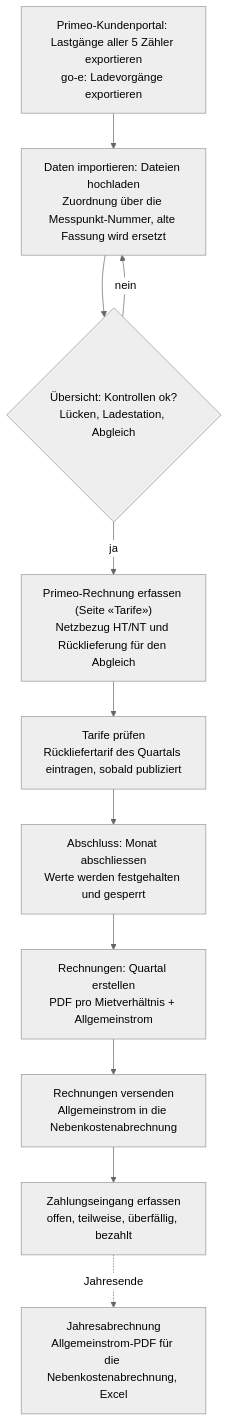
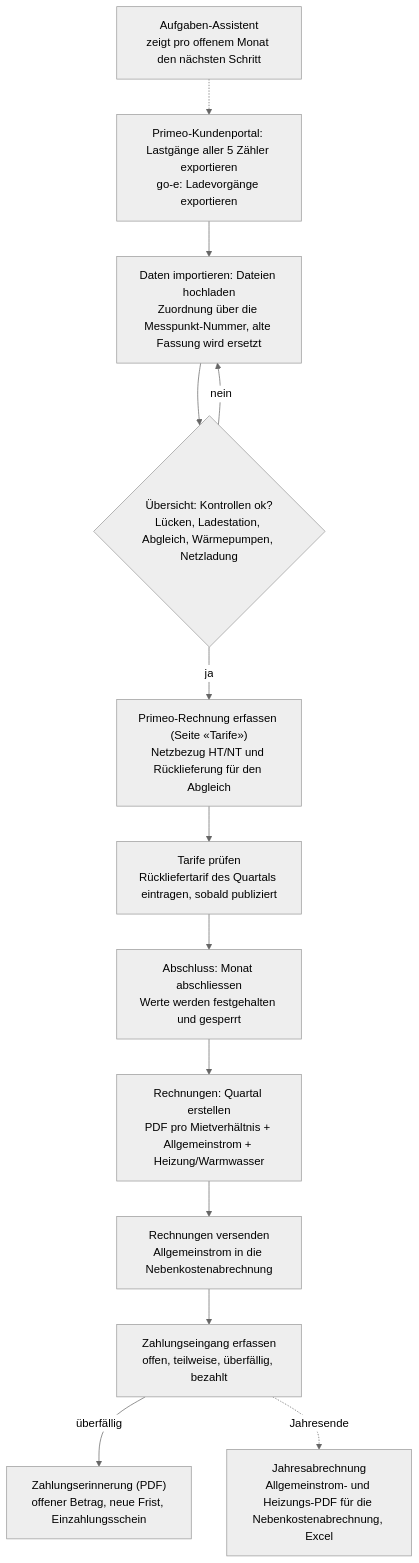
One commit to khu1985/vzev-ha changed the fourth of 5 diagrams in README.md. Above: the diagram before and after it, drawn with Mermaid (neutral theme). The commit also changed other lines of this file and 7 other files, not shown here.

Commit message:
Doku: Sensoren, Aufgaben-Assistent, Erinnerung, Sicherung, Wärmepumpen in README und Grafiken

````diff
--- a/README.md
+++ b/README.md
@@ -166,13 +175,15 @@
 ```mermaid
 flowchart TD
+    AS["Aufgaben-Assistent<br/>zeigt pro offenem Monat den nächsten Schritt"] -.-> A
     A["Primeo-Kundenportal: Lastgänge aller 5 Zähler exportieren<br/>go-e: Ladevorgänge exportieren"] --> B["Daten importieren: Dateien hochladen<br/>Zuordnung über die Messpunkt-Nummer, alte Fassung wird ersetzt"]
-    B --> C{"Übersicht: Kontrollen ok?<br/>Lücken, Ladestation, Abgleich"}
+    B --> C{"Übersicht: Kontrollen ok?<br/>Lücken, Ladestation, Abgleich, Wärmepumpen, Netzladung"}
     C -- nein --> B
     C -- ja --> D["Primeo-Rechnung erfassen (Seite «Tarife»)<br/>Netzbezug HT/NT und Rücklieferung für den Abgleich"]
     D --> E["Tarife prüfen<br/>Rückliefertarif des Quartals eintragen, sobald publiziert"]
     E --> F["Abschluss: Monat abschliessen<br/>Werte werden festgehalten und gesperrt"]
-    F --> G["Rechnungen: Quartal erstellen<br/>PDF pro Mietverhältnis + Allgemeinstrom"]
+    F --> G["Rechnungen: Quartal erstellen<br/>PDF pro Mietverhältnis + Allgemeinstrom + Heizung/Warmwasser"]
     G --> H["Rechnungen versenden<br/>Allgemeinstrom in die Nebenkostenabrechnung"]
     H --> Z["Zahlungseingang erfassen<br/>offen, teilweise, überfällig, bezahlt"]
-    Z -. "Jahresende" .-> J["Jahresabrechnung<br/>Allgemeinstrom-PDF für die Nebenkostenabrechnung, Excel"]
+    Z -- überfällig --> ER["Zahlungserinnerung (PDF)<br/>offener Betrag, neue Frist, Einzahlungsschein"]
+    Z -. "Jahresende" .-> J["Jahresabrechnung<br/>Allgemeinstrom- und Heizungs-PDF für die Nebenkostenabrechnung, Excel"]
 ```
````
